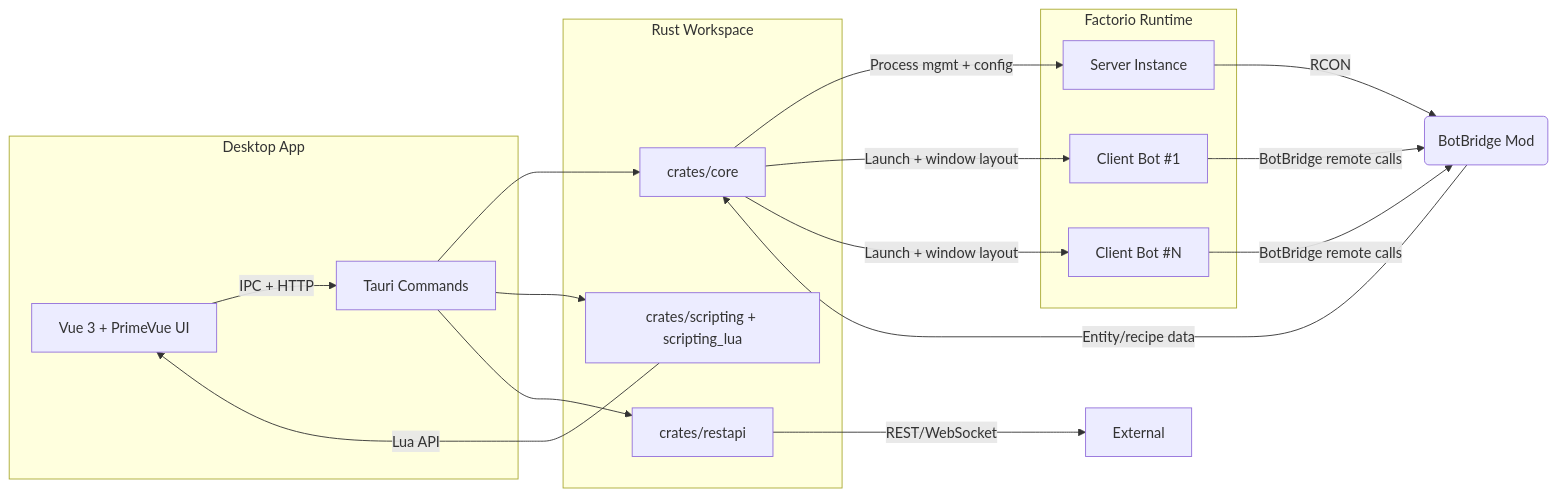
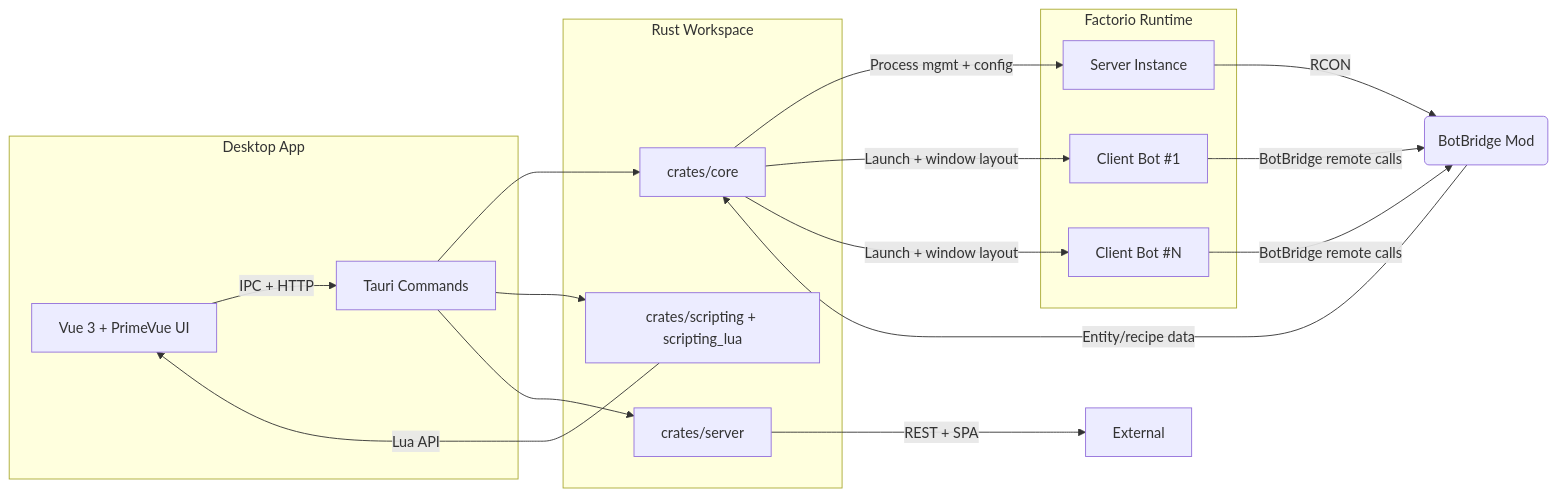
The first of 2 diagrams in docs/devguide/architecture.md (arturh85/factorio-bot), drawn with Mermaid before and after one commit. The commit also changed other lines of this file and 2 other files, not shown here.

Commit message:
docs: describe crates/server and record the query-param decision
crates/restapi is gone; CLAUDE.md and the devguide architecture page now
describe the axum crates/server (utoipa/Swagger UI, SPA serving).

Record in the spec that empty/unparseable optional query params return
400 rather than being coerced to None as Rocket did.
Claude-Session: https://claude.ai/code/session_01BsVgaKubqcqkzQT8fNkbpp

````diff
--- a/docs/devguide/architecture.md
+++ b/docs/devguide/architecture.md
@@ -7,25 +7,25 @@
 ```mermaid
 graph LR
     subgraph Desktop App
         A[Vue 3 + PrimeVue UI] -->|IPC + HTTP| B[Tauri Commands]
     end
     subgraph Rust Workspace
         B --> C[crates/core]
         B --> D[crates/scripting + scripting_lua]
-        B --> E[crates/restapi]
+        B --> E[crates/server]
     end
     subgraph Factorio Runtime
         F[Server Instance]
         G[Client Bot #1]
         H[Client Bot #N]
     end
     C -->|Process mgmt + config| F
     C -->|Launch + window layout| G
     C -->|Launch + window layout| H
     F -->|RCON| I(BotBridge Mod)
     G -->|BotBridge remote calls| I
     H -->|BotBridge remote calls| I
     I -->|Entity/recipe data| C
     D -->|Lua API| A
-    E -->|REST/WebSocket| External
+    E -->|REST + SPA| External
 ```
````
